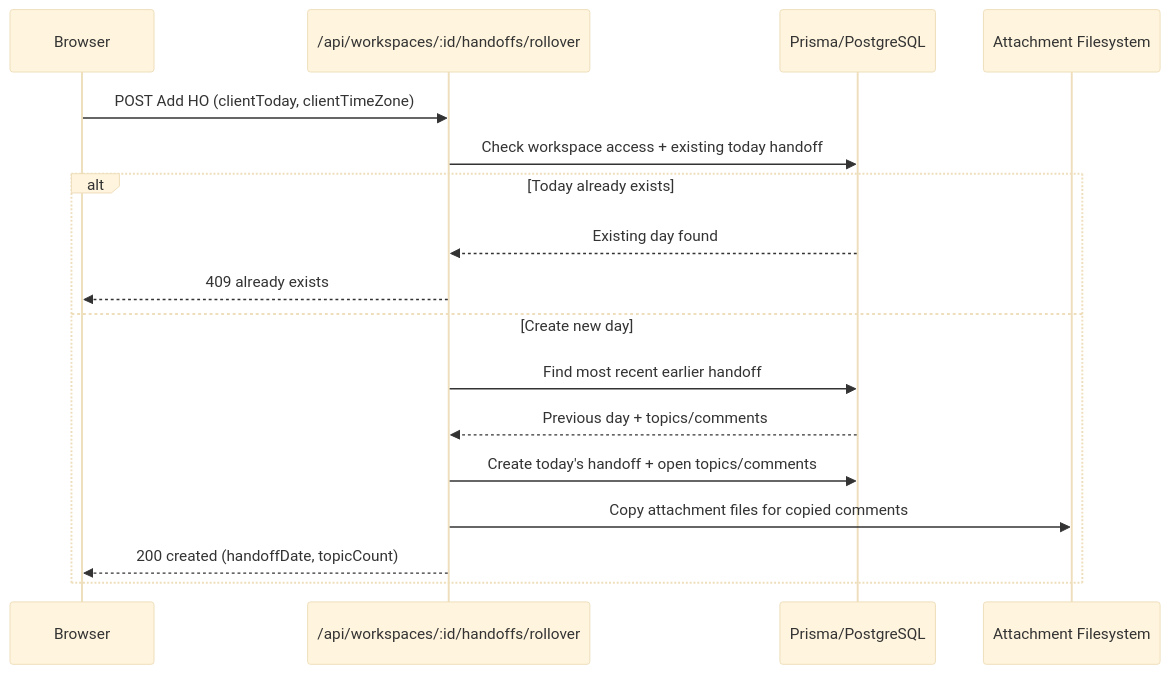
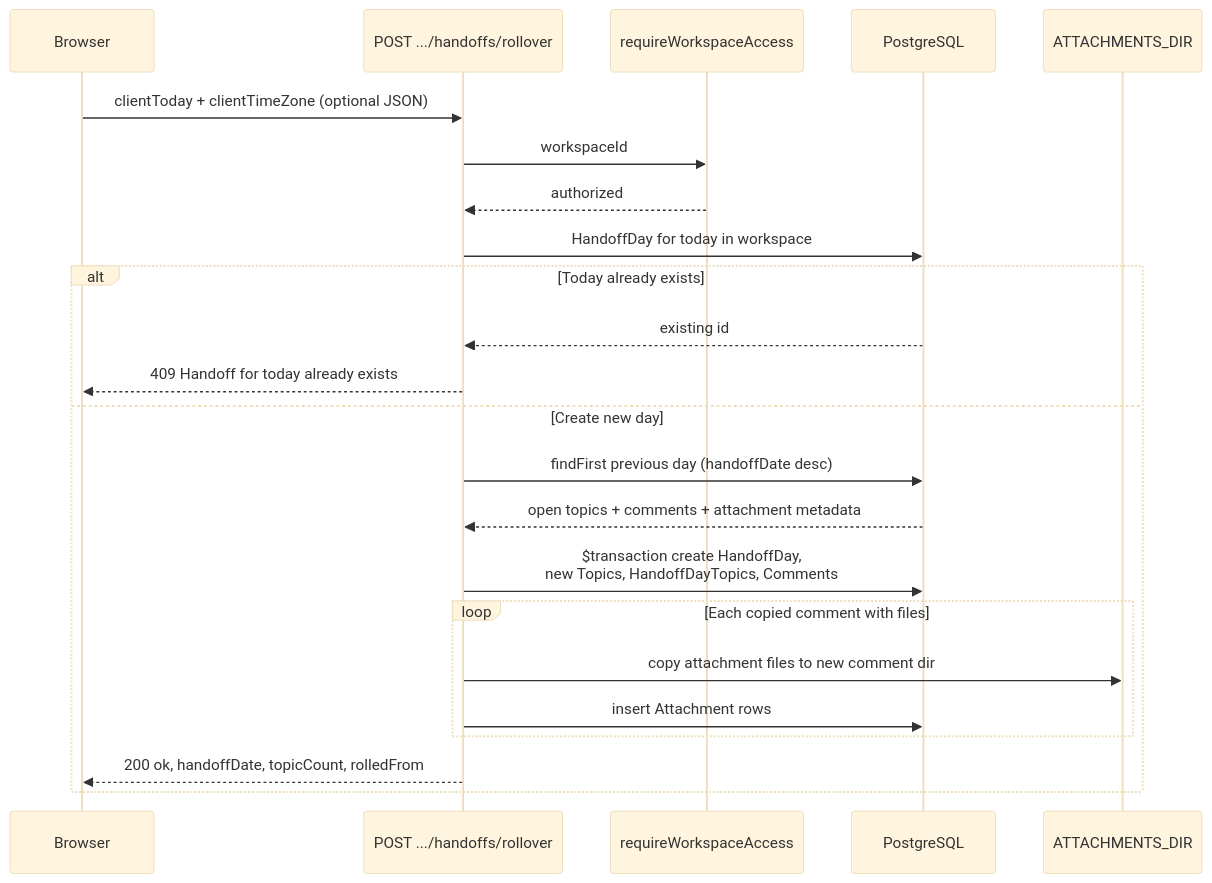
Before and after one commit to VAB712/handoffHub: the sixth of 10 diagrams in docs/ARCHITECTURE.md, drawn with Mermaid (base theme). The commit also changed other lines of this file and 24 other files, not shown here.

````diff
--- a/docs/ARCHITECTURE.md
+++ b/docs/ARCHITECTURE.md
@@ -105,20 +205,26 @@
 ```mermaid
 sequenceDiagram
   participant B as Browser
-  participant R as /api/workspaces/:id/handoffs/rollover
-  participant P as Prisma/PostgreSQL
-  participant F as Attachment Filesystem
+  participant R as POST .../handoffs/rollover
+  participant AUTH as requireWorkspaceAccess
+  participant DB as PostgreSQL
+  participant FS as ATTACHMENTS_DIR
 
-  B->>R: POST Add HO (clientToday, clientTimeZone)
-  R->>P: Check workspace access + existing today handoff
+  B->>R: clientToday + clientTimeZone (optional JSON)
+  R->>AUTH: workspaceId
+  AUTH-->>R: authorized
+  R->>DB: HandoffDay for today in workspace
   alt Today already exists
-    P-->>R: Existing day found
-    R-->>B: 409 already exists
+    DB-->>R: existing id
+    R-->>B: 409 Handoff for today already exists
   else Create new day
-    R->>P: Find most recent earlier handoff
-    P-->>R: Previous day + topics/comments
-    R->>P: Create today's handoff + open topics/comments
-    R->>F: Copy attachment files for copied comments
-    R-->>B: 200 created (handoffDate, topicCount)
+    R->>DB: findFirst previous day (handoffDate desc)
+    DB-->>R: open topics + comments + attachment metadata
+    R->>DB: $transaction create HandoffDay,<br/>new Topics, HandoffDayTopics, Comments
+    loop Each copied comment with files
+      R->>FS: copy attachment files to new comment dir
+      R->>DB: insert Attachment rows
+    end
+    R-->>B: 200 ok, handoffDate, topicCount, rolledFrom
   end
 ```
````
